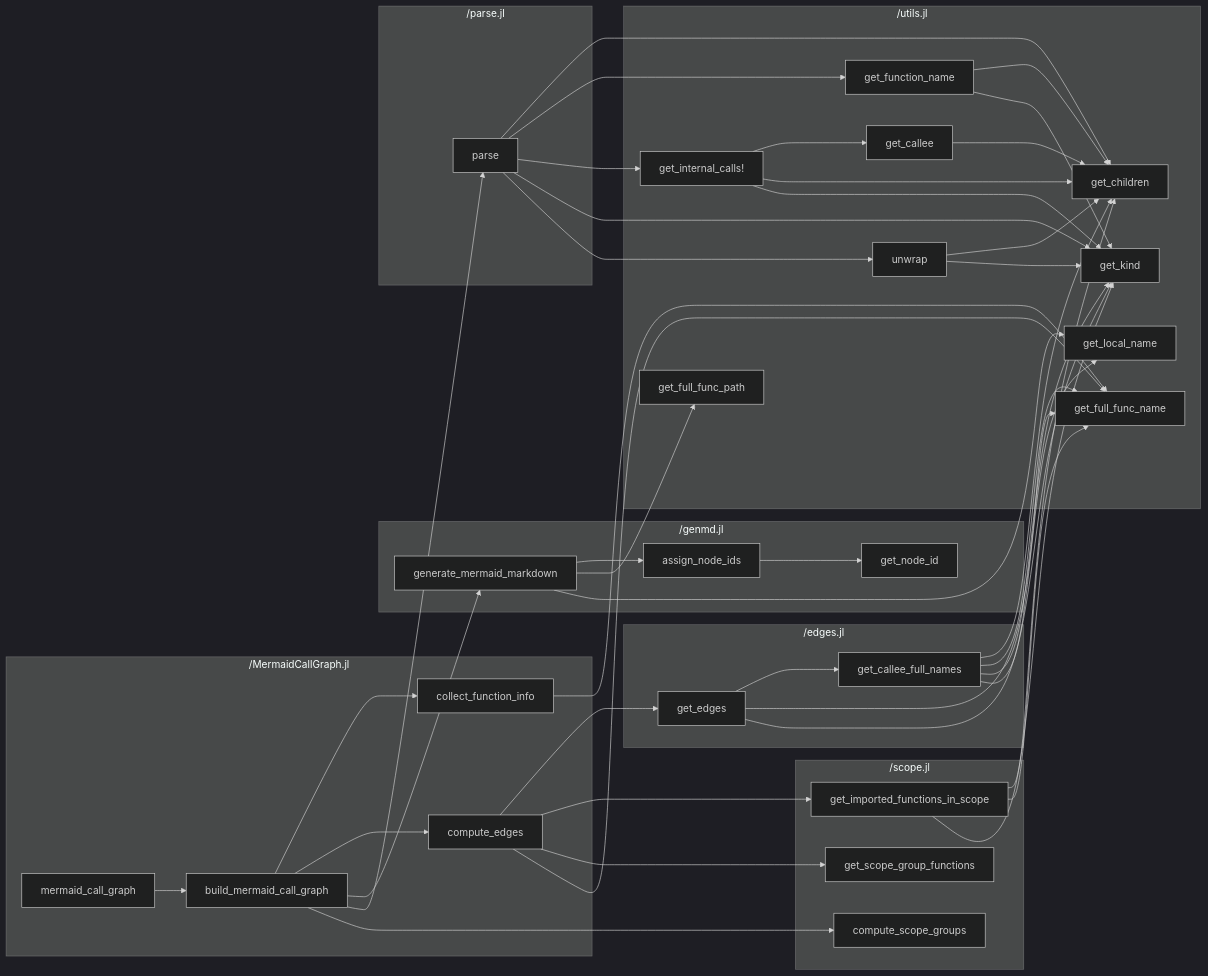
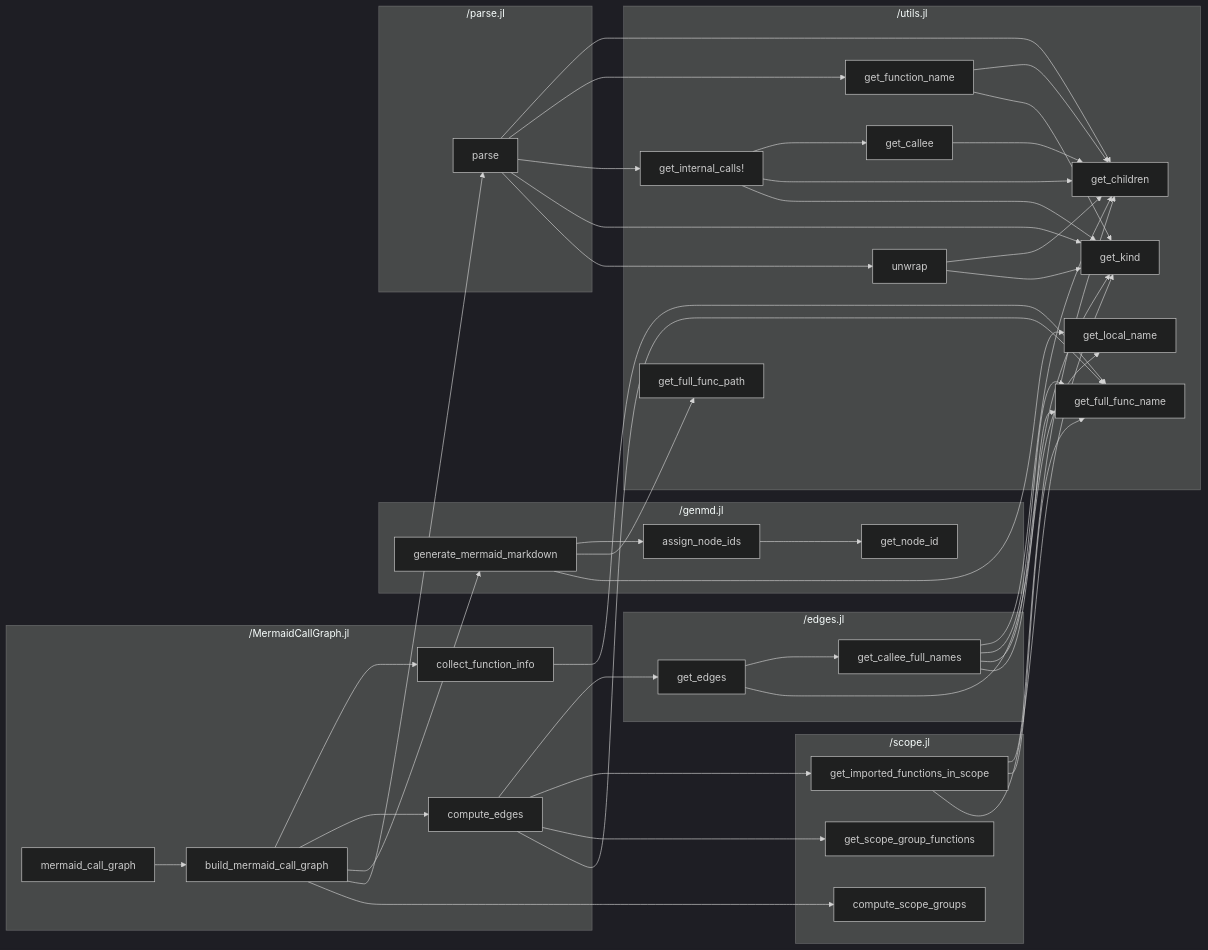
One commit to t-garin/MermaidCallGraph.jl changed the diagram in README.md. Above: the diagram before and after it, drawn with Mermaid (dark theme). The commit also changed other lines of this file and 5 other files, not shown here.

````diff
--- a/README.md
+++ b/README.md
@@ -13,75 +13,74 @@
 ```mermaid
 flowchart LR
     subgraph "/MermaidCallGraph.jl"
         _MermaidCallGraph_jl_build_mermaid_call_graph["build_mermaid_call_graph"]
         _MermaidCallGraph_jl_collect_function_info["collect_function_info"]
         _MermaidCallGraph_jl_compute_edges["compute_edges"]
         _MermaidCallGraph_jl_mermaid_call_graph["mermaid_call_graph"]
     end
     subgraph "/edges.jl"
         _edges_jl_get_callee_full_names["get_callee_full_names"]
         _edges_jl_get_edges["get_edges"]
     end
     subgraph "/genmd.jl"
         _genmd_jl_assign_node_ids["assign_node_ids"]
         _genmd_jl_generate_mermaid_markdown["generate_mermaid_markdown"]
         _genmd_jl_get_node_id["get_node_id"]
     end
     subgraph "/parse.jl"
         _parse_jl_parse["parse"]
     end
     subgraph "/scope.jl"
         _scope_jl_compute_scope_groups["compute_scope_groups"]
         _scope_jl_get_imported_functions_in_scope["get_imported_functions_in_scope"]
         _scope_jl_get_scope_group_functions["get_scope_group_functions"]
     end
     subgraph "/utils.jl"
         _utils_jl_get_callee["get_callee"]
         _utils_jl_get_children["get_children"]
         _utils_jl_get_full_func_name["get_full_func_name"]
         _utils_jl_get_full_func_path["get_full_func_path"]
         _utils_jl_get_function_name["get_function_name"]
         _utils_jl_get_internal_calls_["get_internal_calls!"]
         _utils_jl_get_kind["get_kind"]
         _utils_jl_get_local_name["get_local_name"]
         _utils_jl_unwrap["unwrap"]
     end
     _MermaidCallGraph_jl_build_mermaid_call_graph --> _MermaidCallGraph_jl_collect_function_info
     _MermaidCallGraph_jl_build_mermaid_call_graph --> _MermaidCallGraph_jl_compute_edges
     _MermaidCallGraph_jl_build_mermaid_call_graph --> _genmd_jl_generate_mermaid_markdown
     _MermaidCallGraph_jl_build_mermaid_call_graph --> _parse_jl_parse
     _MermaidCallGraph_jl_build_mermaid_call_graph --> _scope_jl_compute_scope_groups
     _MermaidCallGraph_jl_collect_function_info --> _utils_jl_get_full_func_name
     _MermaidCallGraph_jl_compute_edges --> _edges_jl_get_edges
     _MermaidCallGraph_jl_compute_edges --> _scope_jl_get_imported_functions_in_scope
     _MermaidCallGraph_jl_compute_edges --> _scope_jl_get_scope_group_functions
     _MermaidCallGraph_jl_compute_edges --> _utils_jl_get_full_func_name
     _MermaidCallGraph_jl_mermaid_call_graph --> _MermaidCallGraph_jl_build_mermaid_call_graph
     _edges_jl_get_callee_full_names --> _utils_jl_get_children
     _edges_jl_get_callee_full_names --> _utils_jl_get_full_func_name
     _edges_jl_get_callee_full_names --> _utils_jl_get_kind
     _edges_jl_get_callee_full_names --> _utils_jl_get_local_name
     _edges_jl_get_edges --> _edges_jl_get_callee_full_names
     _edges_jl_get_edges --> _utils_jl_get_full_func_name
-    _edges_jl_get_edges --> _utils_jl_get_kind
     _genmd_jl_assign_node_ids --> _genmd_jl_get_node_id
     _genmd_jl_generate_mermaid_markdown --> _genmd_jl_assign_node_ids
     _genmd_jl_generate_mermaid_markdown --> _utils_jl_get_full_func_path
     _genmd_jl_generate_mermaid_markdown --> _utils_jl_get_local_name
     _parse_jl_parse --> _utils_jl_get_children
     _parse_jl_parse --> _utils_jl_get_function_name
     _parse_jl_parse --> _utils_jl_get_internal_calls_
     _parse_jl_parse --> _utils_jl_get_kind
     _parse_jl_parse --> _utils_jl_unwrap
     _scope_jl_get_imported_functions_in_scope --> _utils_jl_get_children
     _scope_jl_get_imported_functions_in_scope --> _utils_jl_get_full_func_name
     _scope_jl_get_imported_functions_in_scope --> _utils_jl_get_kind
     _utils_jl_get_callee --> _utils_jl_get_children
     _utils_jl_get_function_name --> _utils_jl_get_children
     _utils_jl_get_function_name --> _utils_jl_get_kind
     _utils_jl_get_internal_calls_ --> _utils_jl_get_callee
     _utils_jl_get_internal_calls_ --> _utils_jl_get_children
     _utils_jl_get_internal_calls_ --> _utils_jl_get_kind
     _utils_jl_unwrap --> _utils_jl_get_children
     _utils_jl_unwrap --> _utils_jl_get_kind
 ```
````
